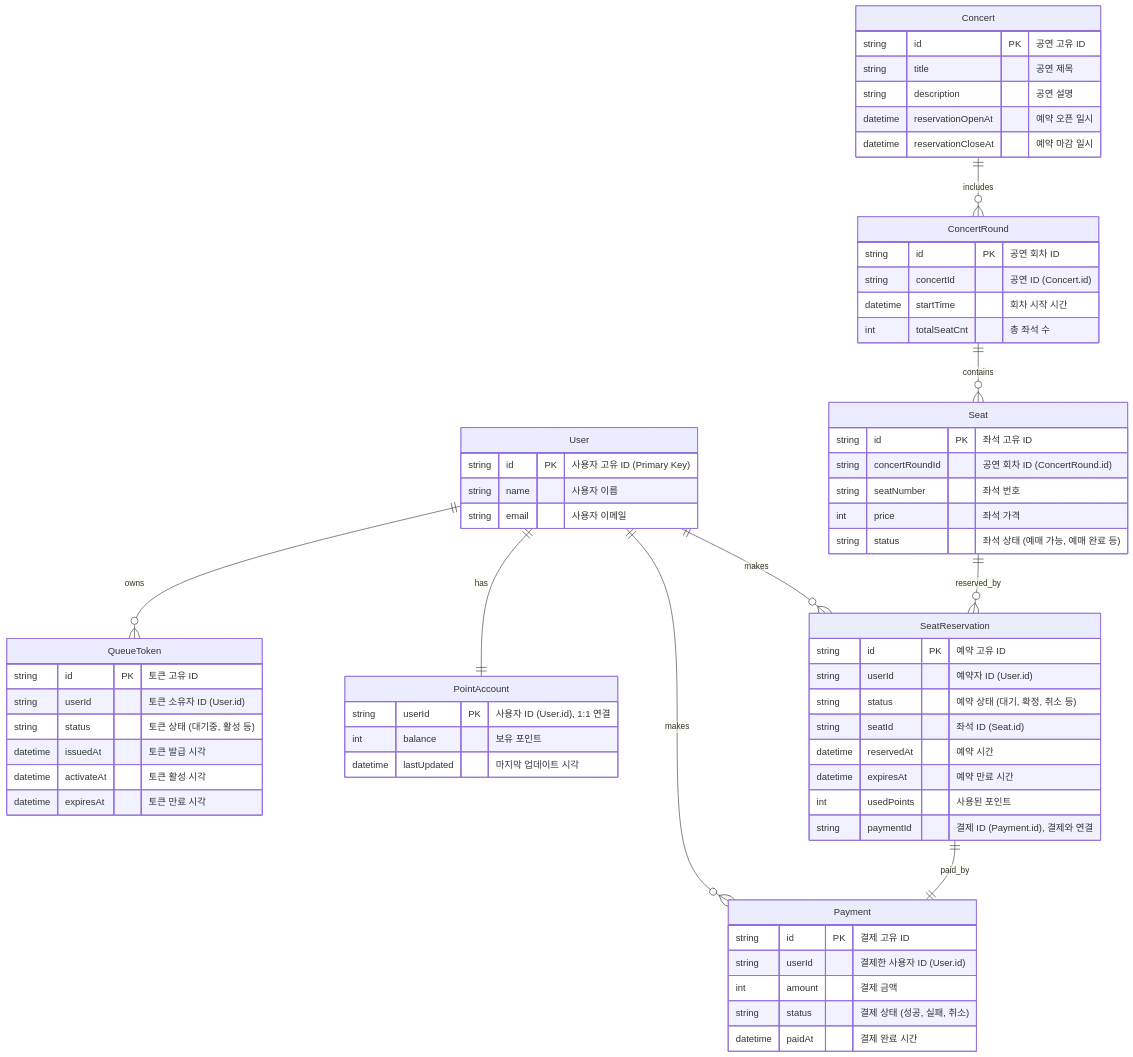
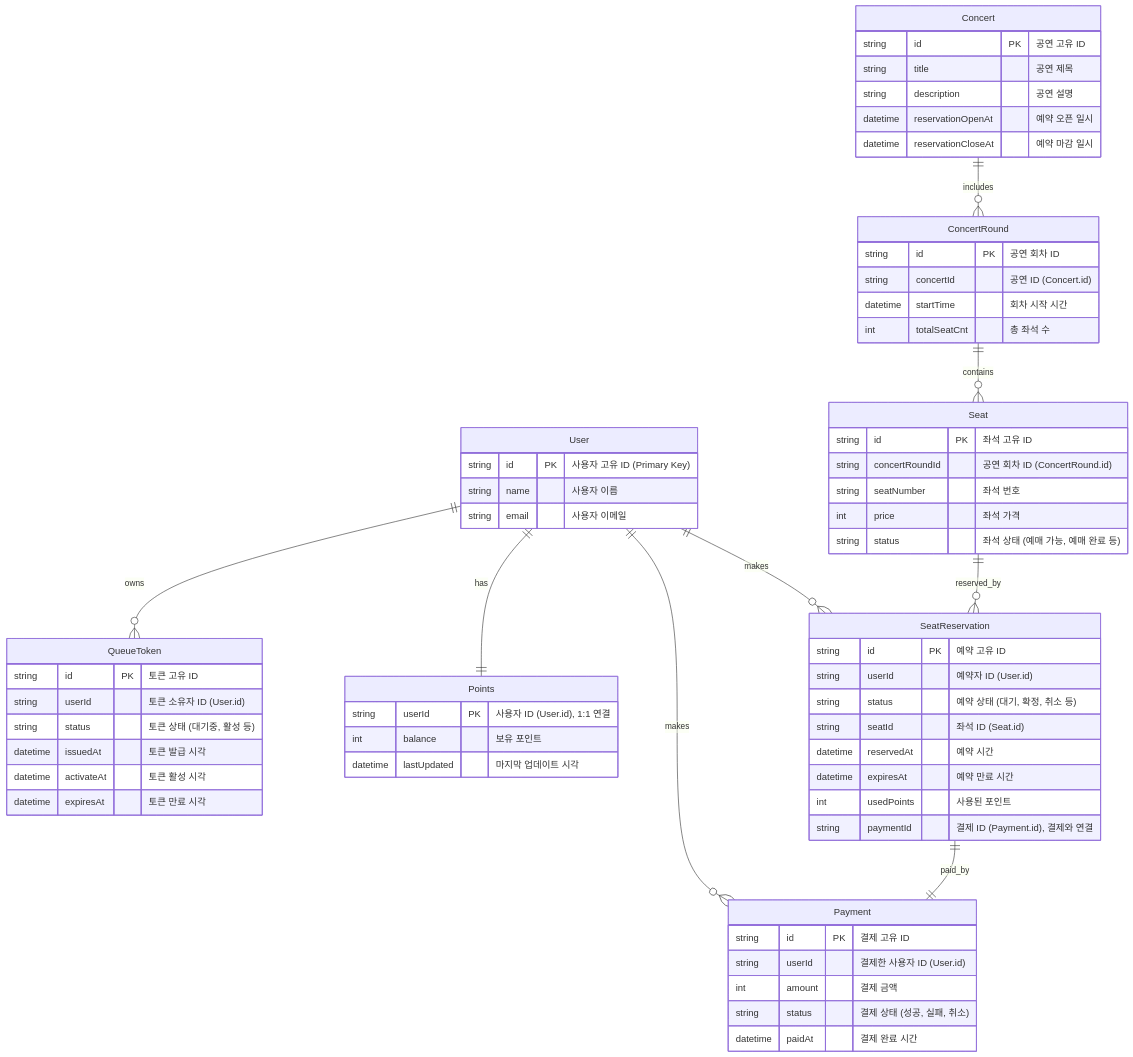
The diagram in docs/Erd.md (tonyhan18/hhplus-concert-server-java), drawn with Mermaid before and after one commit. The commit also changed other lines of this file and 2 other files, not shown here.

Commit message:
FIX : 일부 문서 수정

````diff
--- a/docs/Erd.md
+++ b/docs/Erd.md
@@ -1,71 +1,71 @@
 ```mermaid
 ---
 config:
   theme: default
 ---
 erDiagram
     User ||--o{ QueueToken : owns
-    User ||--|| PointAccount : has
+    User ||--|| Points : has
     User ||--o{ SeatReservation : makes
     User ||--o{ Payment : makes
     SeatReservation ||--|| Payment : paid_by
     Concert ||--o{ ConcertRound : includes
     ConcertRound ||--o{ Seat : contains
     Seat ||--o{ SeatReservation : reserved_by
     User {
         string id PK "사용자 고유 ID (Primary Key)"
         string name "사용자 이름"
         string email "사용자 이메일"
     }
-    PointAccount {
+    Points {
         string userId PK "사용자 ID (User.id), 1:1 연결"
         int balance "보유 포인트"
         datetime lastUpdated "마지막 업데이트 시각"
     }
     QueueToken {
         string id PK "토큰 고유 ID"
         string userId "토큰 소유자 ID (User.id)"
         string status "토큰 상태 (대기중, 활성 등)"
         datetime issuedAt "토큰 발급 시각"
         datetime activateAt "토큰 활성 시각"
         datetime expiresAt "토큰 만료 시각"
     }
     SeatReservation {
         string id PK "예약 고유 ID"
         string userId "예약자 ID (User.id)"
         string status "예약 상태 (대기, 확정, 취소 등)"
         string seatId "좌석 ID (Seat.id)"
         datetime reservedAt "예약 시간"
         datetime expiresAt "예약 만료 시간"
         
         int usedPoints "사용된 포인트"
         string paymentId "결제 ID (Payment.id), 결제와 연결"
     }
     Payment {
         string id PK "결제 고유 ID"
         string userId "결제한 사용자 ID (User.id)"
         int amount "결제 금액"
         string status "결제 상태 (성공, 실패, 취소)"
         datetime paidAt "결제 완료 시간"
     }
     Concert {
         string id PK "공연 고유 ID"
         string title "공연 제목"
         string description "공연 설명"
         datetime reservationOpenAt "예약 오픈 일시"
         datetime reservationCloseAt "예약 마감 일시"
     }
     ConcertRound {
         string id PK "공연 회차 ID"
         string concertId "공연 ID (Concert.id)"
         datetime startTime "회차 시작 시간"
         int totalSeatCnt "총 좌석 수"
     }
     Seat {
         string id PK "좌석 고유 ID"
         string concertRoundId "공연 회차 ID (ConcertRound.id)"
         string seatNumber "좌석 번호"
         int price "좌석 가격"
         string status "좌석 상태 (예매 가능, 예매 완료 등)"
     }
 ```
````
